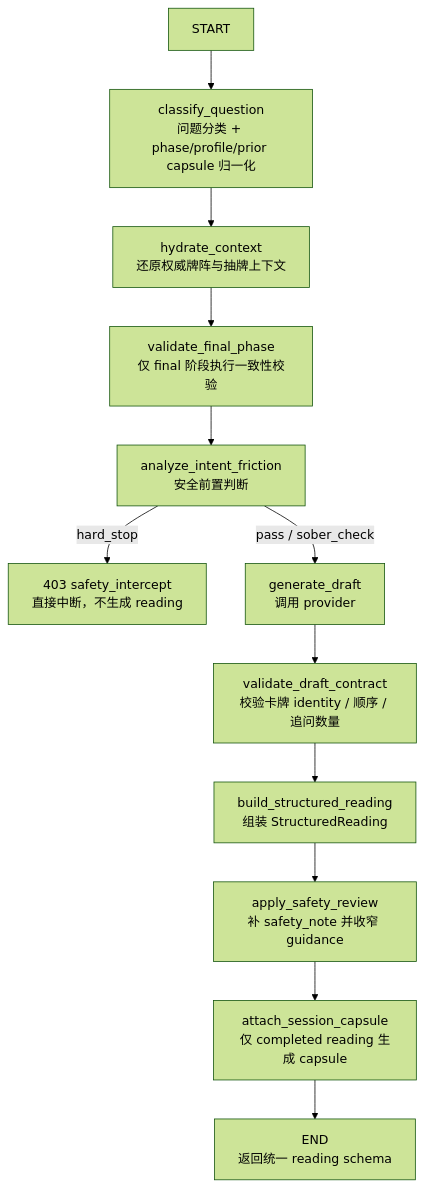
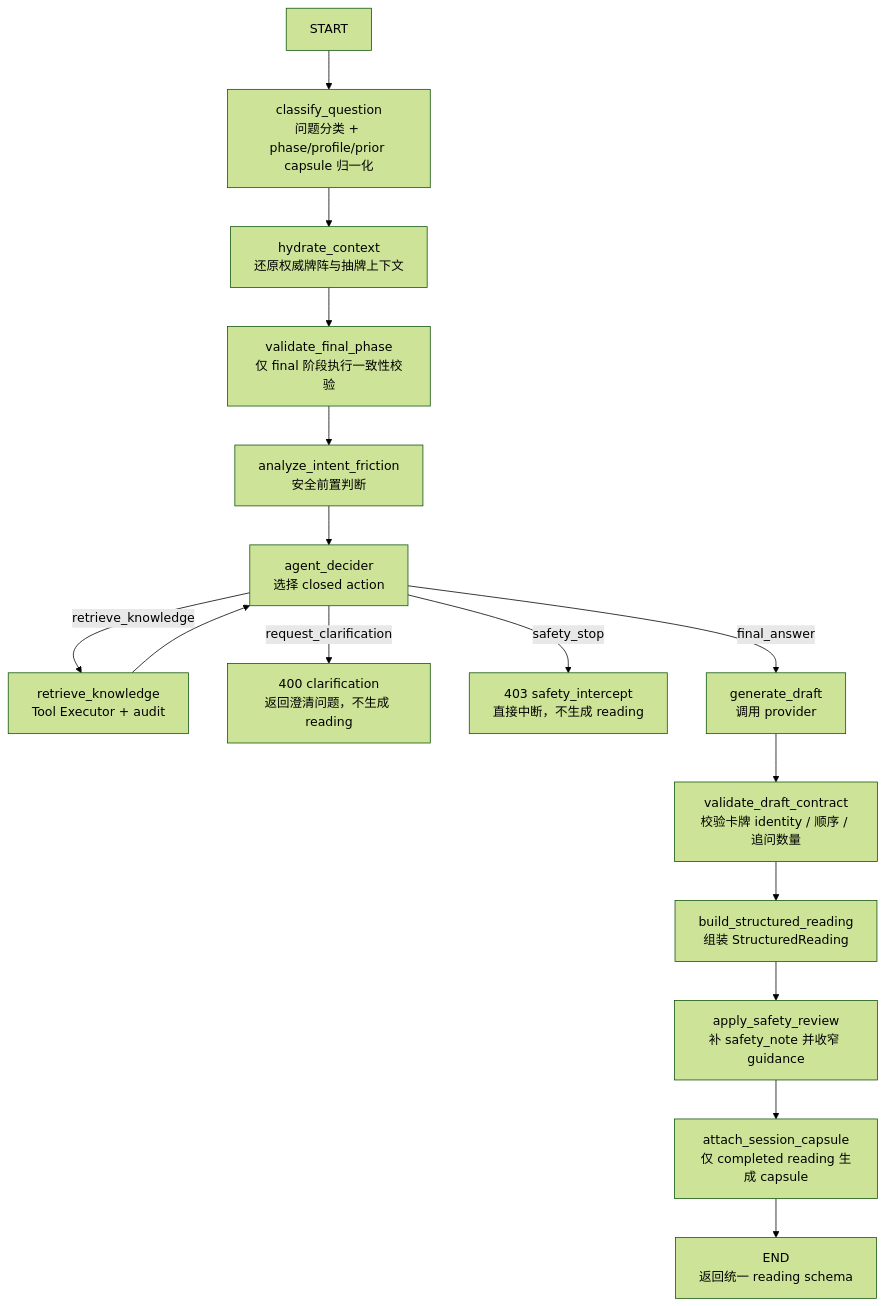
One commit to A1S4kuR4/AetherTarot changed the first of 2 diagrams in docs/30-agent/langgraph-reading-workflow.md. Above: the diagram before and after it, drawn with Mermaid (forest theme). The commit also changed other lines of this file and 59 other files, not shown here.

Commit message:
feat: add controlled reading agent workflow

````diff
--- a/docs/30-agent/langgraph-reading-workflow.md
+++ b/docs/30-agent/langgraph-reading-workflow.md
@@ -106,14 +115,18 @@
 ```mermaid
 flowchart TD
     A["START"] --> B["classify_question<br/>问题分类 + phase/profile/prior capsule 归一化"]
     B --> C["hydrate_context<br/>还原权威牌阵与抽牌上下文"]
     C --> D["validate_final_phase<br/>仅 final 阶段执行一致性校验"]
     D --> E["analyze_intent_friction<br/>安全前置判断"]
-    E -->|hard_stop| X["403 safety_intercept<br/>直接中断，不生成 reading"]
-    E -->|pass / sober_check| F["generate_draft<br/>调用 provider"]
-    F --> G["validate_draft_contract<br/>校验卡牌 identity / 顺序 / 追问数量"]
-    G --> H["build_structured_reading<br/>组装 StructuredReading"]
-    H --> I["apply_safety_review<br/>补 safety_note 并收窄 guidance"]
-    I --> J["attach_session_capsule<br/>仅 completed reading 生成 capsule"]
-    J --> K["END<br/>返回统一 reading schema"]
+    E --> F["agent_decider<br/>选择 closed action"]
+    F -->|retrieve_knowledge| T["retrieve_knowledge<br/>Tool Executor + audit"]
+    T --> F
+    F -->|request_clarification| Q["400 clarification<br/>返回澄清问题，不生成 reading"]
+    F -->|safety_stop| X["403 safety_intercept<br/>直接中断，不生成 reading"]
+    F -->|final_answer| G["generate_draft<br/>调用 provider"]
+    G --> H["validate_draft_contract<br/>校验卡牌 identity / 顺序 / 追问数量"]
+    H --> I["build_structured_reading<br/>组装 StructuredReading"]
+    I --> J["apply_safety_review<br/>补 safety_note 并收窄 guidance"]
+    J --> K["attach_session_capsule<br/>仅 completed reading 生成 capsule"]
+    K --> L["END<br/>返回统一 reading schema"]
 ```
````
